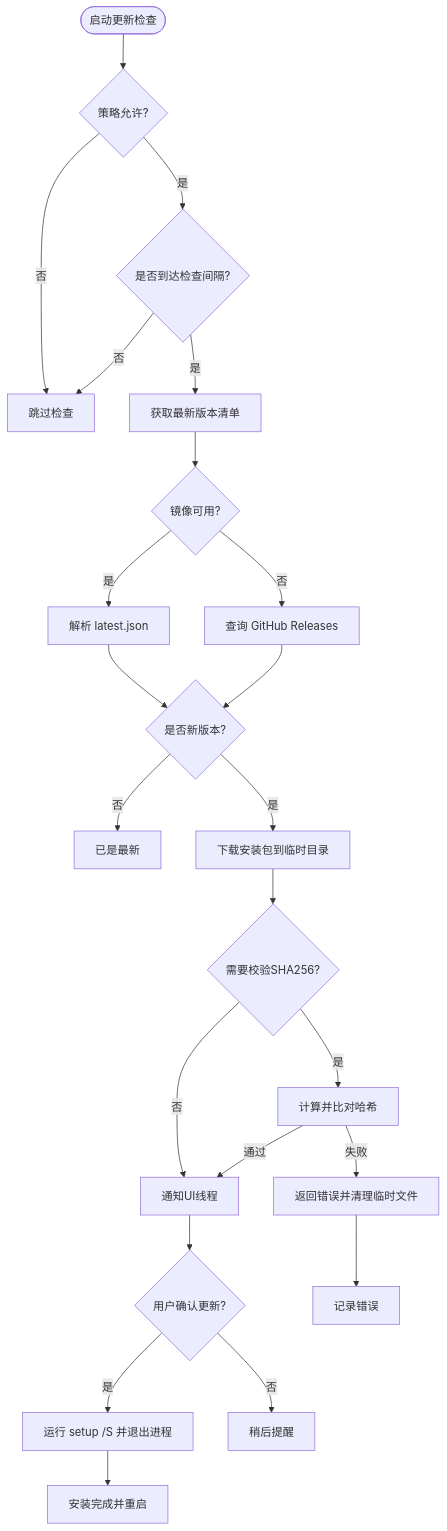
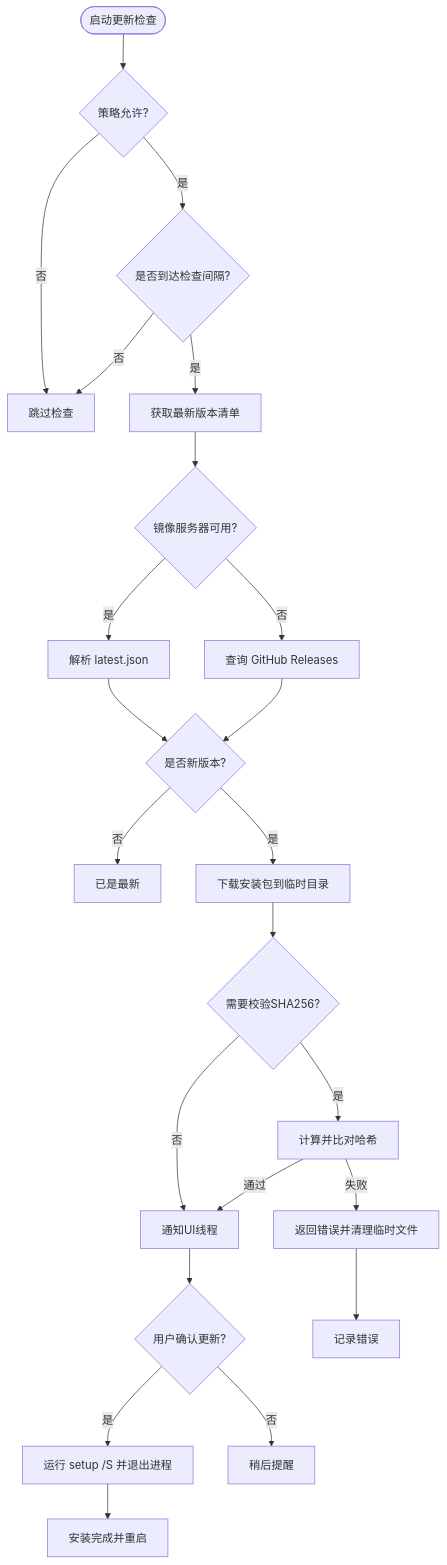
Before and after one commit to aetherstudio-cn/AetherStudio: the third of 4 diagrams in .qoder/repowiki/zh/content/部署和发布.md, drawn with Mermaid. The commit also changed other lines of this file and 17 other files, not shown here.

````diff
--- a/.qoder/repowiki/zh/content/部署和发布.md
+++ b/.qoder/repowiki/zh/content/部署和发布.md
@@ -205,25 +248,25 @@
 ```mermaid
 flowchart TD
 Start(["启动更新检查"]) --> Policy{"策略允许?"}
 Policy --> |否| EndNo["跳过检查"]
 Policy --> |是| Interval{"是否到达检查间隔?"}
 Interval --> |否| EndNo
 Interval --> |是| Fetch["获取最新版本清单"]
-Fetch --> Mirror{"镜像可用?"}
+Fetch --> Mirror{"镜像服务器可用?"}
 Mirror --> |是| ParseMirror["解析 latest.json"]
 Mirror --> |否| FetchGH["查询 GitHub Releases"]
 ParseMirror --> Compare{"是否新版本?"}
 FetchGH --> Compare
 Compare --> |否| EndLatest["已是最新"]
 Compare --> |是| Download["下载安装包到临时目录"]
 Download --> Verify{"需要校验SHA256?"}
 Verify --> |是| Check["计算并比对哈希"]
 Verify --> |否| Notify["通知UI线程"]
 Check --> |通过| Notify
 Check --> |失败| Error["返回错误并清理临时文件"]
 Notify --> Confirm{"用户确认更新?"}
 Confirm --> |是| RunSetup["运行 setup /S 并退出进程"]
 Confirm --> |否| EndWait["稍后提醒"]
 RunSetup --> EndDone["安装完成并重启"]
 Error --> EndError["记录错误"]
 ```
````
